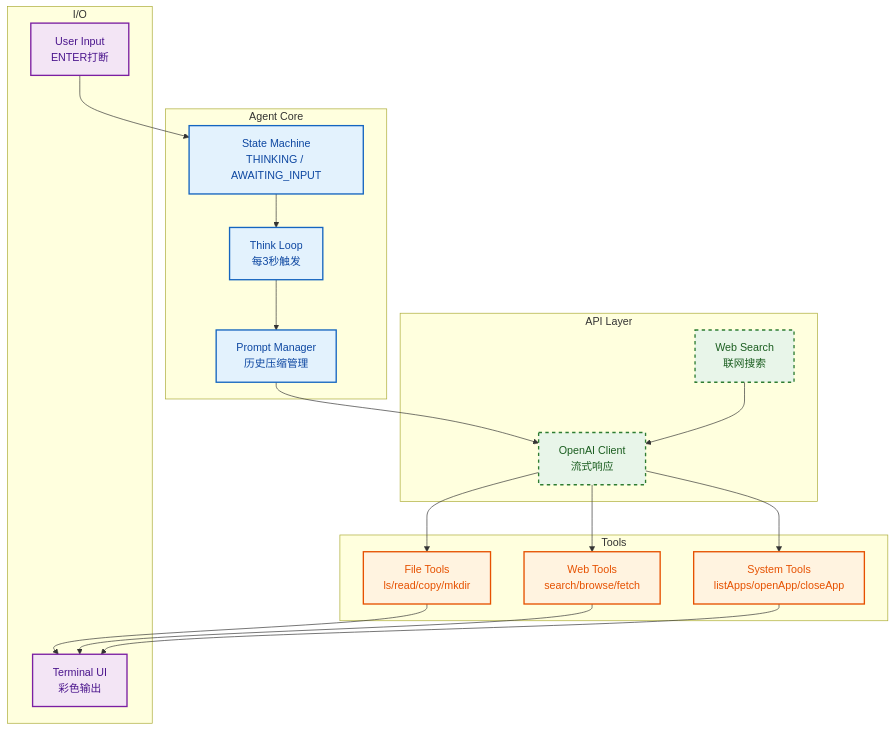
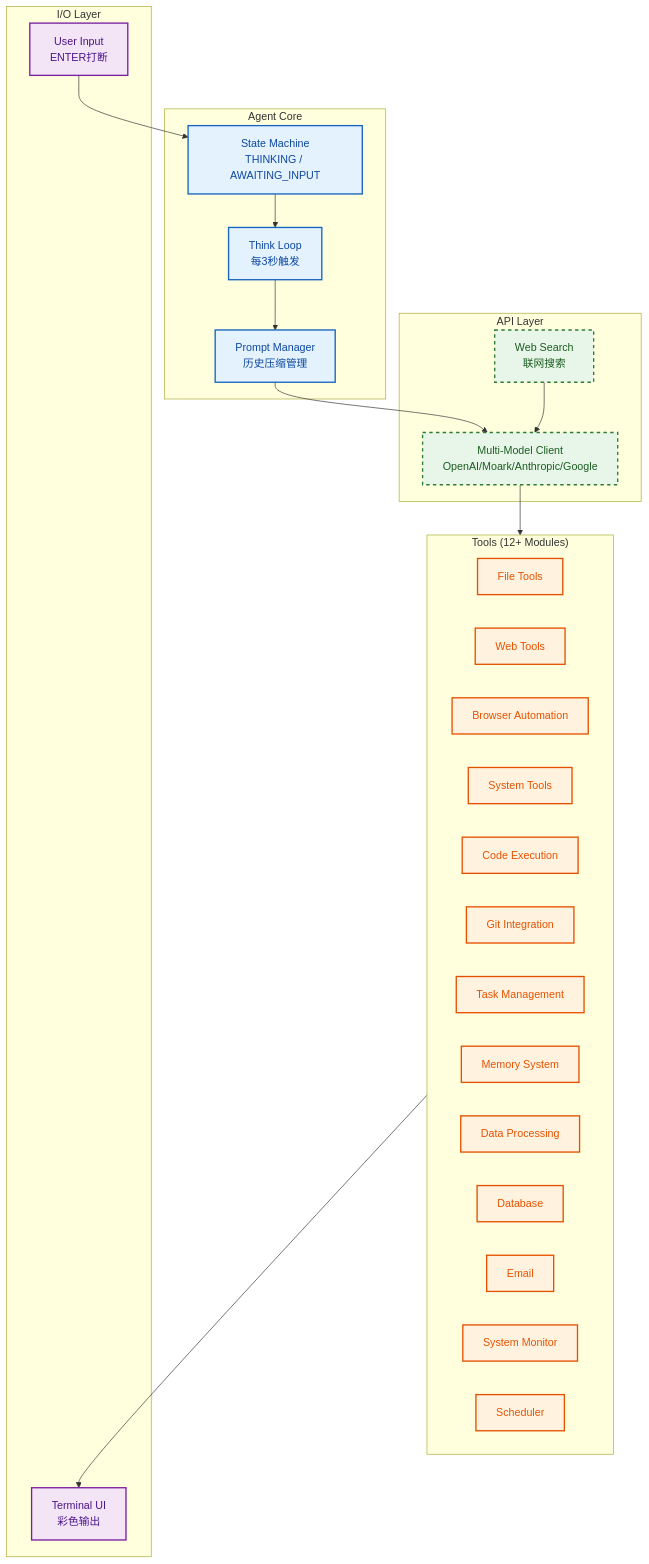
One commit to 1486853830/CogitoAgent changed the diagram in README.md. Above: the diagram before and after it, drawn with Mermaid. The commit also changed other lines of this file and 16 other files, not shown here.

````diff
--- a/README.md
+++ b/README.md
@@ -87,41 +351,47 @@
 ```mermaid
 graph TD
     classDef core fill:#e3f2fd,stroke:#1565c0,stroke-width:2px,color:#0d47a1
     classDef tools fill:#fff3e0,stroke:#e65100,stroke-width:2px,color:#e65100
     classDef io fill:#f3e5f5,stroke:#7b1fa2,stroke-width:2px,color:#4a148c
     classDef api fill:#e8f5e9,stroke:#2e7d32,stroke-width:2px,stroke-dasharray: 5 5,color:#1b5e20
 
     subgraph Core ["Agent Core"]
         StateMachine["State Machine<br/>THINKING / AWAITING_INPUT"]:::core
         ThinkLoop["Think Loop<br/>每3秒触发"]:::core
         PromptMgr["Prompt Manager<br/>历史压缩管理"]:::core
     end
 
-    subgraph Tools ["Tools"]
-        FileTools["File Tools<br/>ls/read/copy/mkdir"]:::tools
-        WebTools["Web Tools<br/>search/browse/fetch"]:::tools
-        SystemTools["System Tools<br/>listApps/openApp/closeApp"]:::tools
+    subgraph Tools ["Tools (12+ Modules)"]
+        FileTools["File Tools"]:::tools
+        WebTools["Web Tools"]:::tools
+        BrowserTools["Browser Automation"]:::tools
+        SystemTools["System Tools"]:::tools
+        CodeTools["Code Execution"]:::tools
+        GitTools["Git Integration"]:::tools
+        TaskTools["Task Management"]:::tools
+        MemoryTools["Memory System"]:::tools
+        DataTools["Data Processing"]:::tools
+        DbTools["Database"]:::tools
+        EmailTools["Email"]:::tools
+        MonitorTools["System Monitor"]:::tools
+        SchedulerTools["Scheduler"]:::tools
     end
 
-    subgraph IO ["I/O"]
+    subgraph IO ["I/O Layer"]
         Terminal["Terminal UI<br/>彩色输出"]:::io
         UserInput["User Input<br/>ENTER打断"]:::io
     end
 
     subgraph API ["API Layer"]
-        Client["OpenAI Client<br/>流式响应"]:::api
+        Client["Multi-Model Client<br/>OpenAI/Moark/Anthropic/Google"]:::api
         WebSearch["Web Search<br/>联网搜索"]:::api
     end
 
     UserInput --> StateMachine
     StateMachine --> ThinkLoop
     ThinkLoop --> PromptMgr
     PromptMgr --> Client
-    Client --> FileTools
-    Client --> WebTools
-    Client --> SystemTools
-    FileTools --> Terminal
-    WebTools --> Terminal
-    SystemTools --> Terminal
+    Client --> Tools
+    Tools --> Terminal
     WebSearch --> Client
 ```
````
